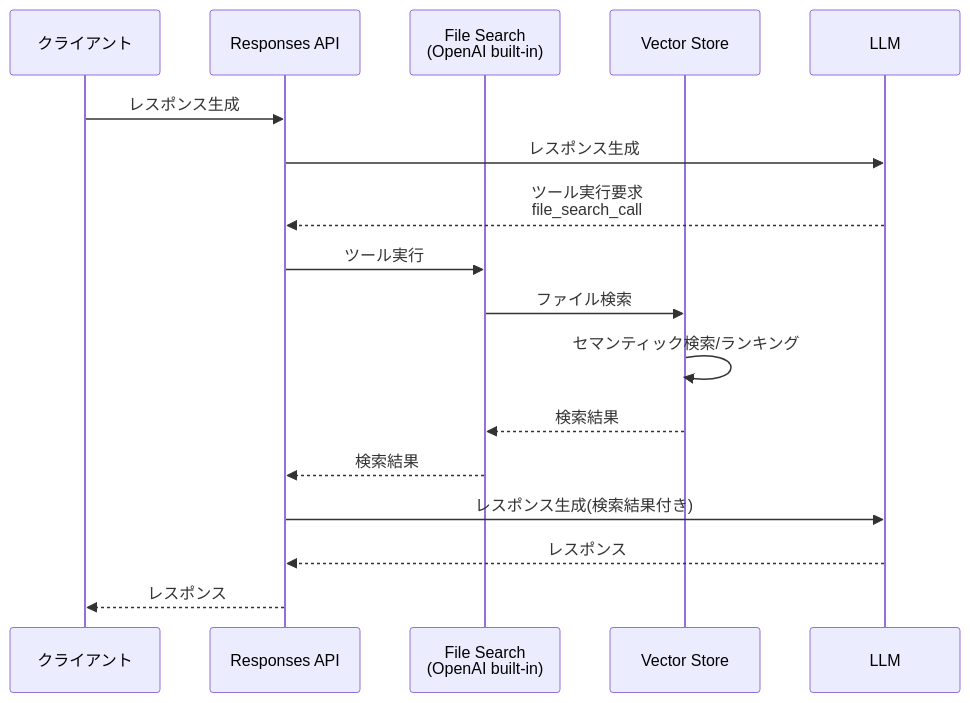
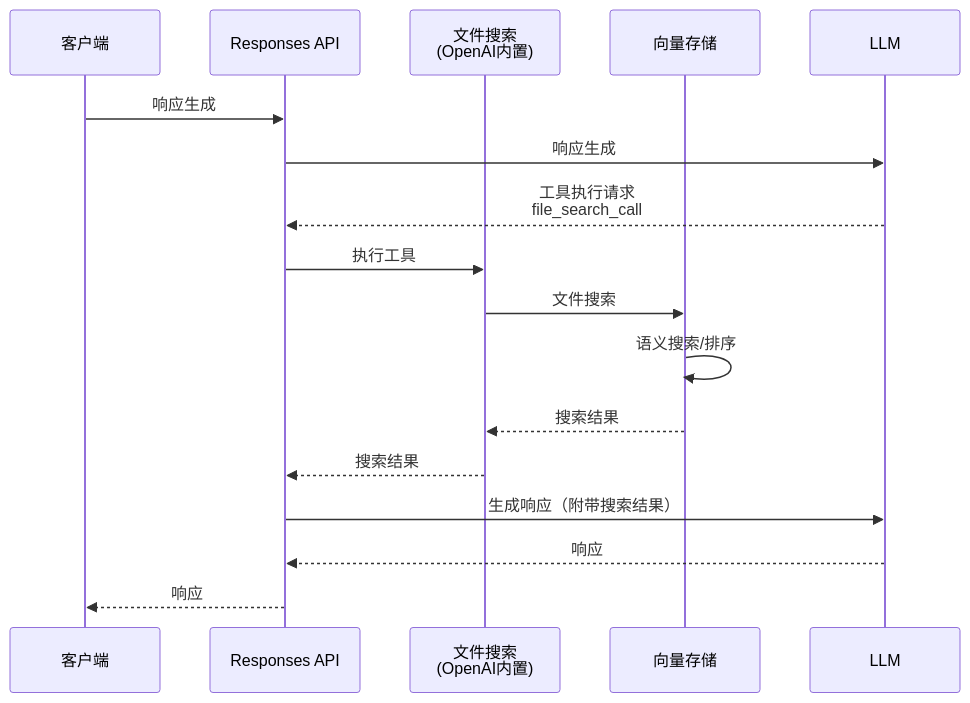
One commit to mamezou-tech/mamezou-tech-site changed the diagram in src/zh-CN/posts/blogs/2025/0319_openai-responses-api-filesearch.md. Above: the diagram before and after it, drawn with Mermaid. The commit also changed other lines of this file, not shown here.

Commit message:
feat: localize blog content from Japanese to Chinese
Translated blog content, diagrams, and code snippets into Chinese for improved accessibility. Updated titles, descriptions, and input values in multiple sections to reflect the localization changes. Ensured proper alignment with Chinese-speaking audiences.

````diff
--- a/src/zh-CN/posts/blogs/2025/0319_openai-responses-api-filesearch.md
+++ b/src/zh-CN/posts/blogs/2025/0319_openai-responses-api-filesearch.md
@@ -27,19 +27,19 @@
 ```mermaid
 sequenceDiagram
-    participant C as クライアント
+    participant C as 客户端
     participant R as Responses API
-    participant FT as File Search<br>(OpenAI built-in)
-    participant VS as Vector Store
+    participant FT as 文件搜索<br>(OpenAI内置)
+    participant VS as 向量存储
     participant LLM as LLM
-    C ->> R: レスポンス生成
-    R ->> LLM: レスポンス生成
-    LLM -->> R: ツール実行要求<br>file_search_call
-    R ->> FT: ツール実行
-    FT ->> VS: ファイル検索
-    VS ->> VS: セマンティック検索/ランキング
-    VS -->> FT: 検索結果
-    FT -->> R: 検索結果
-    R ->> LLM: レスポンス生成(検索結果付き)
-    LLM -->> R: レスポンス
-    R -->> C: レスポンス
+    C ->> R: 响应生成
+    R ->> LLM: 响应生成
+    LLM -->> R: 工具执行请求<br>file_search_call
+    R ->> FT: 执行工具
+    FT ->> VS: 文件搜索
+    VS ->> VS: 语义搜索/排序
+    VS -->> FT: 搜索结果
+    FT -->> R: 搜索结果
+    R ->> LLM: 生成响应（附带搜索结果）
+    LLM -->> R: 响应
+    R -->> C: 响应
 ```
````
